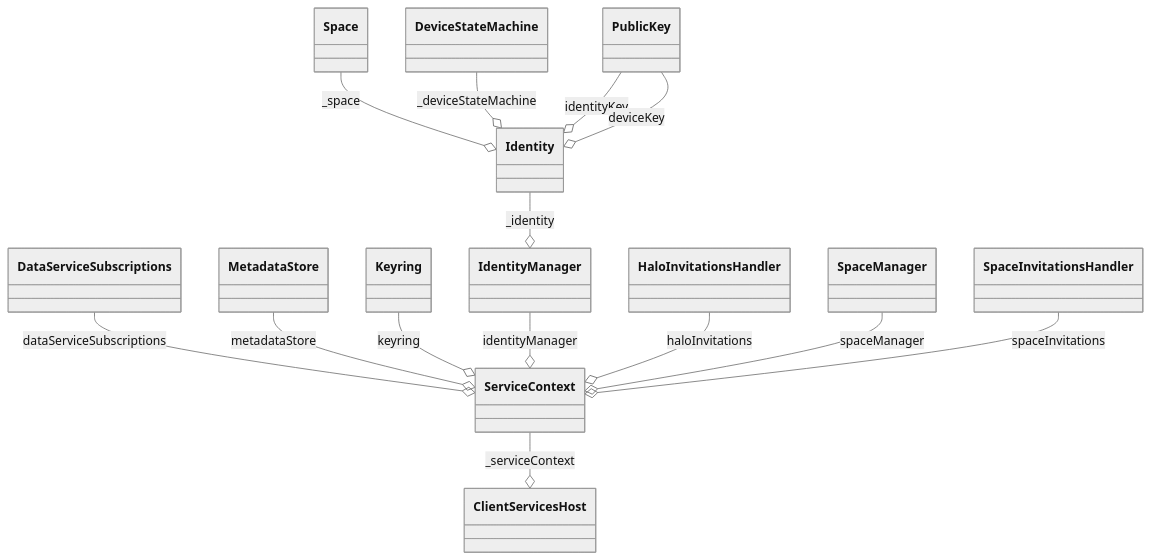
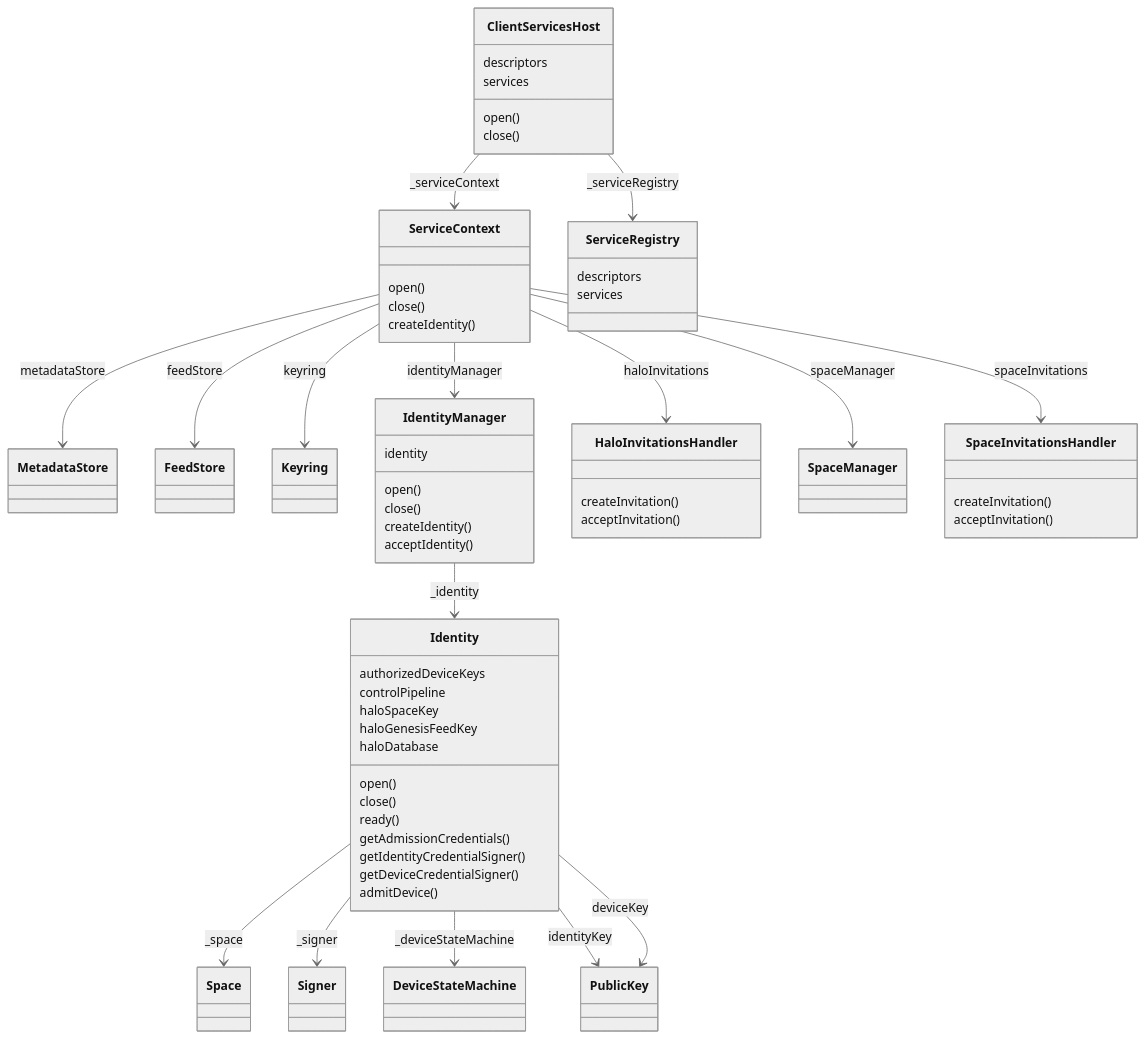
The first of 2 diagrams in packages/sdk/client-services/docs/README.md (dxos/dxos), drawn with Mermaid (neutral theme) before and after one commit. The commit also changed 6 other files, not shown here.

````diff
--- a/packages/sdk/client-services/docs/README.md
+++ b/packages/sdk/client-services/docs/README.md
@@ -7,30 +7,63 @@
 ```mermaid
 classDiagram
 
-class ClientServicesHost
-ServiceContext --o ClientServicesHost : _serviceContext
-class ServiceContext
-DataServiceSubscriptions --o ServiceContext : dataServiceSubscriptions
-MetadataStore --o ServiceContext : metadataStore
-Keyring --o ServiceContext : keyring
-IdentityManager --o ServiceContext : identityManager
-HaloInvitationsHandler --o ServiceContext : haloInvitations
-SpaceManager --o ServiceContext : spaceManager
-SpaceInvitationsHandler --o ServiceContext : spaceInvitations
-class DataServiceSubscriptions
-class MetadataStore
-class Keyring
-class IdentityManager
-Identity --o IdentityManager : _identity
-class Identity
-Space --o Identity : _space
-DeviceStateMachine --o Identity : _deviceStateMachine
-PublicKey --o Identity : identityKey
-PublicKey --o Identity : deviceKey
-class Space
-class DeviceStateMachine
-class PublicKey
-class HaloInvitationsHandler
-class SpaceManager
-class SpaceInvitationsHandler
+class ClientServicesHost {
+  descriptors
+  services
+  open()
+  close()
+}
+ClientServicesHost --> ServiceContext : _serviceContext
+ClientServicesHost --> ServiceRegistry : _serviceRegistry
+class ServiceContext {
+  open()
+  close()
+  createIdentity()
+}
+ServiceContext --> MetadataStore : metadataStore
+ServiceContext --> FeedStore : feedStore
+ServiceContext --> Keyring : keyring
+ServiceContext --> IdentityManager : identityManager
+ServiceContext --> HaloInvitationsHandler : haloInvitations
+ServiceContext --> SpaceManager : spaceManager
+ServiceContext --> SpaceInvitationsHandler : spaceInvitations
+class IdentityManager {
+  identity
+  open()
+  close()
+  createIdentity()
+  acceptIdentity()
+}
+IdentityManager --> Identity : _identity
+class Identity {
+  authorizedDeviceKeys
+  controlPipeline
+  haloSpaceKey
+  haloGenesisFeedKey
+  haloDatabase
+  open()
+  close()
+  ready()
+  getAdmissionCredentials()
+  getIdentityCredentialSigner()
+  getDeviceCredentialSigner()
+  admitDevice()
+}
+Identity --> Space : _space
+Identity --> Signer : _signer
+Identity --> DeviceStateMachine : _deviceStateMachine
+Identity --> PublicKey : identityKey
+Identity --> PublicKey : deviceKey
+class HaloInvitationsHandler {
+  createInvitation()
+  acceptInvitation()
+}
+class SpaceInvitationsHandler {
+  createInvitation()
+  acceptInvitation()
+}
+class ServiceRegistry {
+  descriptors
+  services
+}
 ```
````
